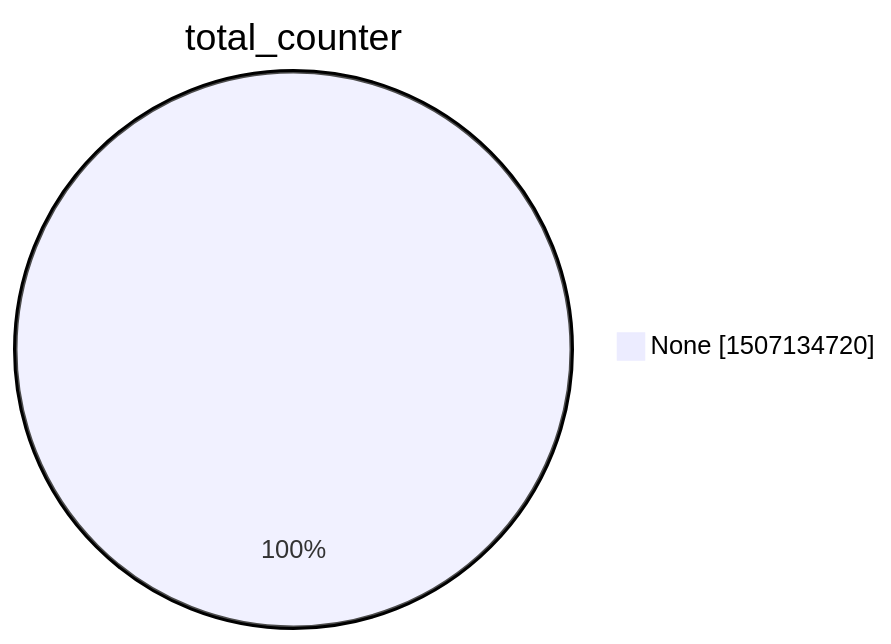
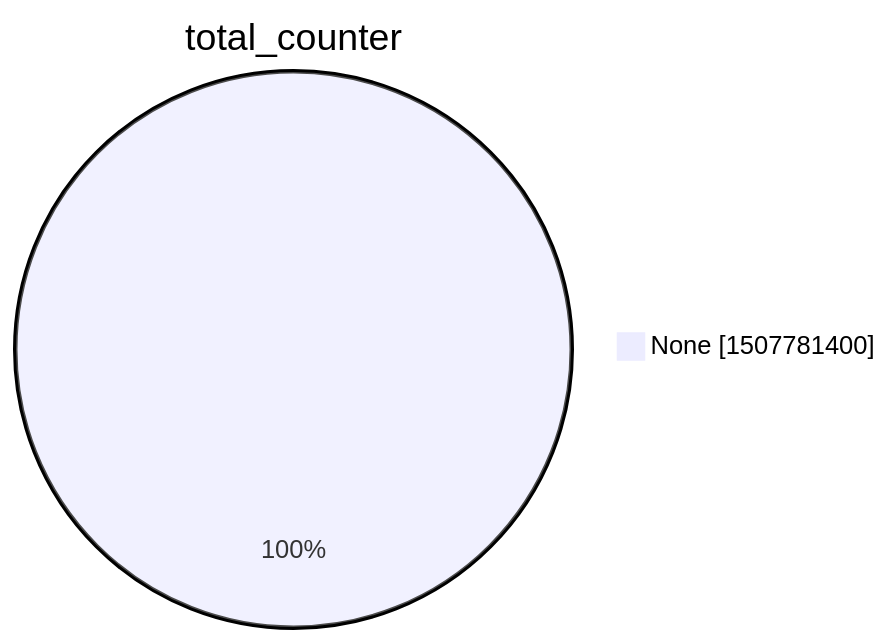
Before and after one commit to christiankrug/ctmonitor_visualization: the second of 15 diagrams in argon2022/README.md, drawn with Mermaid. The commit also changed other lines of this file, not shown here.

````diff
--- a/argon2022/README.md
+++ b/argon2022/README.md
@@ -9,5 +9,5 @@
 ```mermaid
 pie showData
 title total_counter
-"None" :1507134720
+"None" :1507781400
 ```
````
